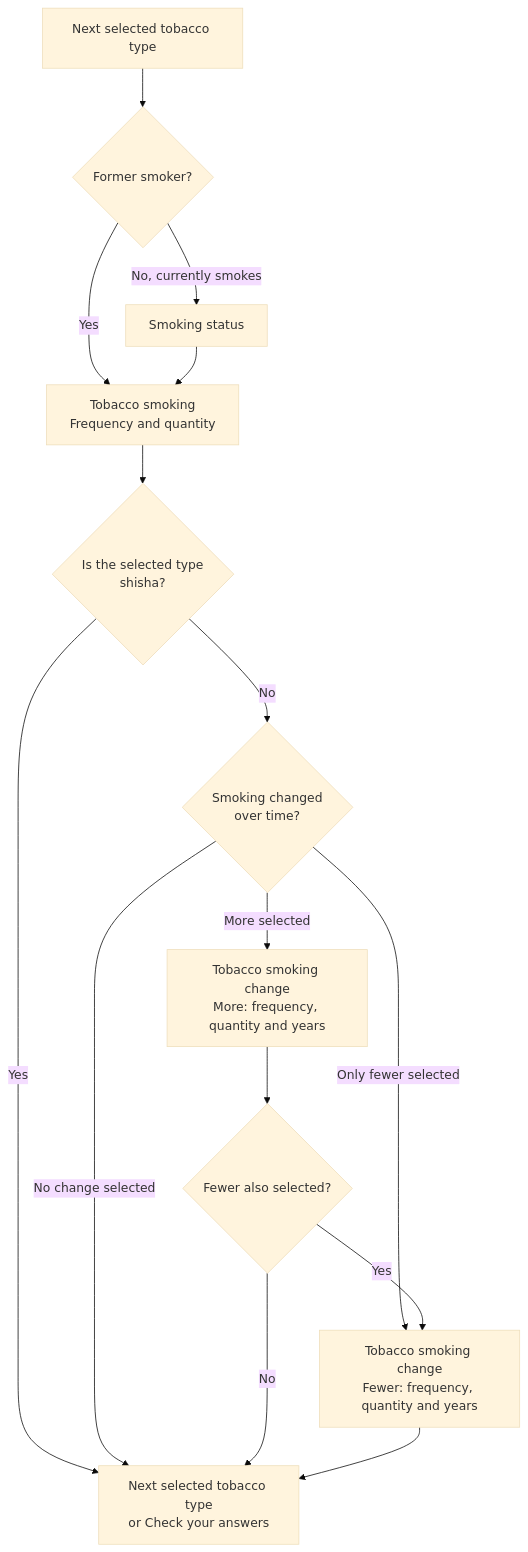
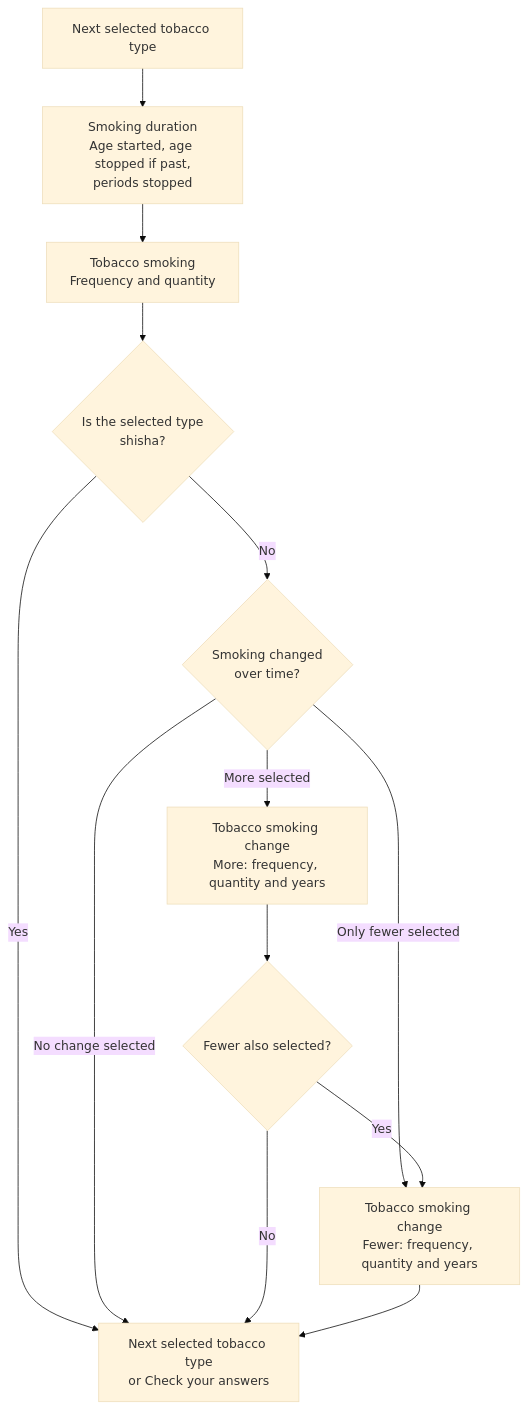
Before and after one commit to NHSDigital/prototype-lung-health-check: the second of 2 diagrams in app/prototype_v4_3/docs/question-flow.md, drawn with Mermaid (base theme). The commit also changed other lines of this file and 2 other files, not shown here.

````diff
--- a/app/prototype_v4_3/docs/question-flow.md
+++ b/app/prototype_v4_3/docs/question-flow.md
@@ -67,23 +57,20 @@
 ```mermaid
 flowchart TD
-  selectedType["Next selected tobacco type"] --> formerSmoker{"Former smoker?"}
-
-  formerSmoker -- No, currently smokes --> status["Smoking status"]
-  formerSmoker -- Yes --> tobaccoSmoking["Tobacco smoking<br>Frequency and quantity"]
-  status --> tobaccoSmoking
+  selectedType["Next selected tobacco type"] --> duration["Smoking duration<br>Age started, age stopped if past,<br>periods stopped"]
+  duration --> tobaccoSmoking["Tobacco smoking<br>Frequency and quantity"]
 
   tobaccoSmoking --> isShisha{"Is the selected type<br>shisha?"}
   isShisha -- Yes --> nextTypeOrCya
   isShisha -- No --> changed{"Smoking changed<br>over time?"}
 
   changed -- No change selected --> nextTypeOrCya
   changed -- More selected --> moreChange["Tobacco smoking change<br>More: frequency, quantity and years"]
   moreChange --> fewerSelected{"Fewer also selected?"}
 
   changed -- Only fewer selected --> fewerChange["Tobacco smoking change<br>Fewer: frequency, quantity and years"]
   fewerSelected -- Yes --> fewerChange
   fewerSelected -- No --> nextTypeOrCya
   fewerChange --> nextTypeOrCya
 
   nextTypeOrCya["Next selected tobacco type<br>or Check your answers"]
 ```
````
